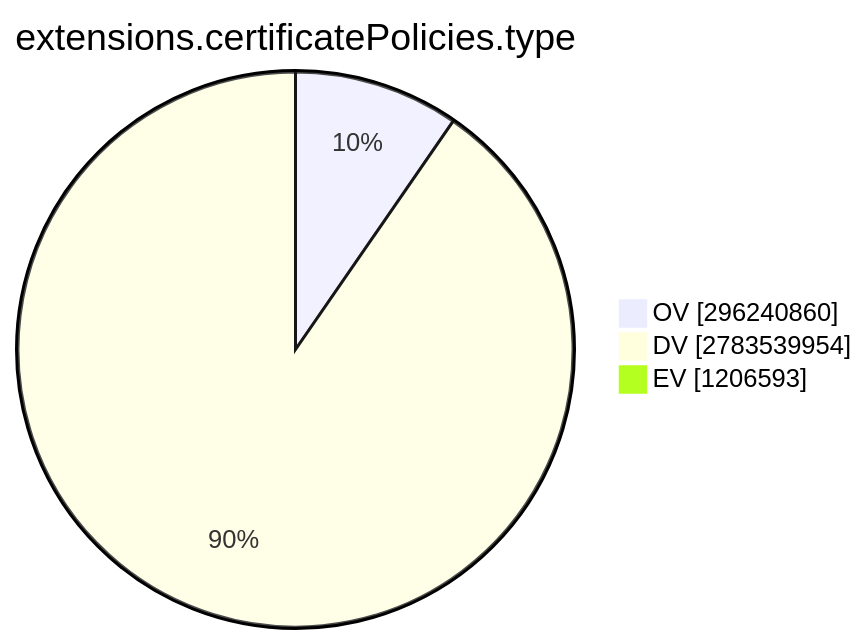
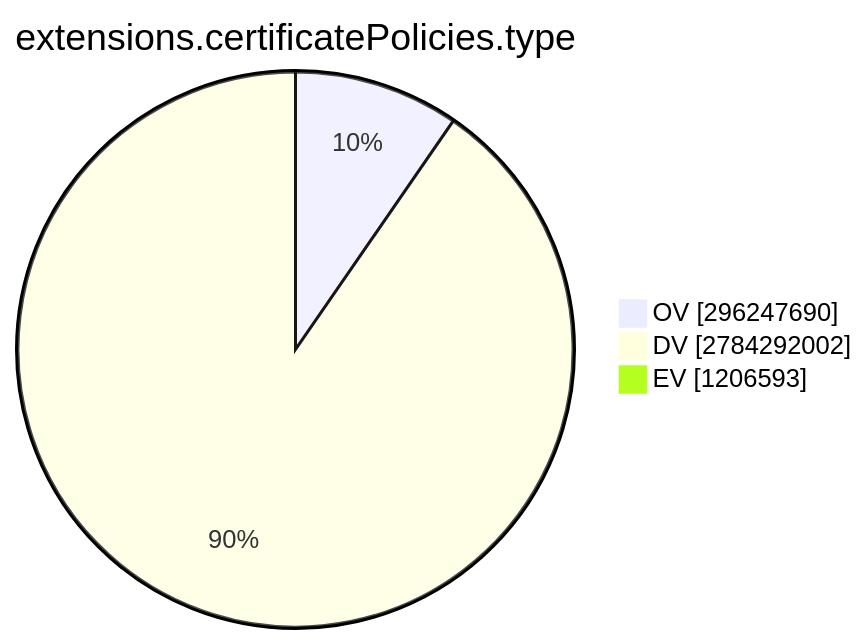
Before and after one commit to christiankrug/ctmonitor_visualization: the ninth of 15 diagrams in TOTAL/README.md, drawn with Mermaid. The commit also changed other lines of this file, not shown here.

````diff
--- a/TOTAL/README.md
+++ b/TOTAL/README.md
@@ -3099,7 +3099,7 @@
 ```mermaid
 pie showData
 title extensions.certificatePolicies.type
-"OV" :296240860
-"DV" :2783539954
+"OV" :296247690
+"DV" :2784292002
 "EV" :1206593
 ```
````
